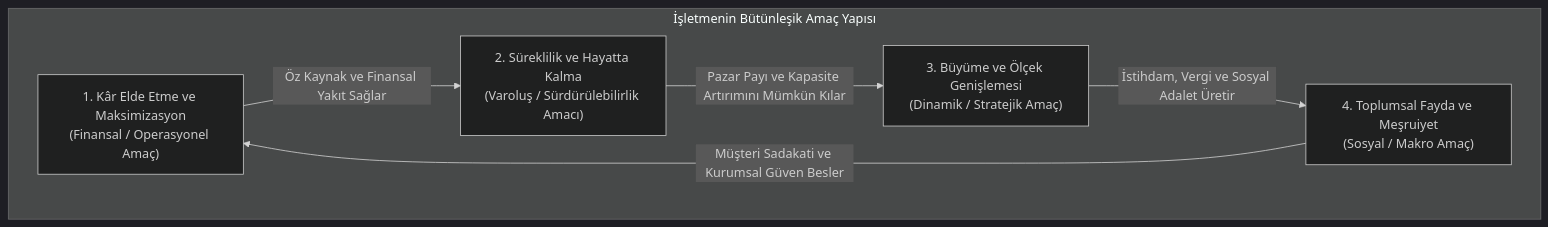
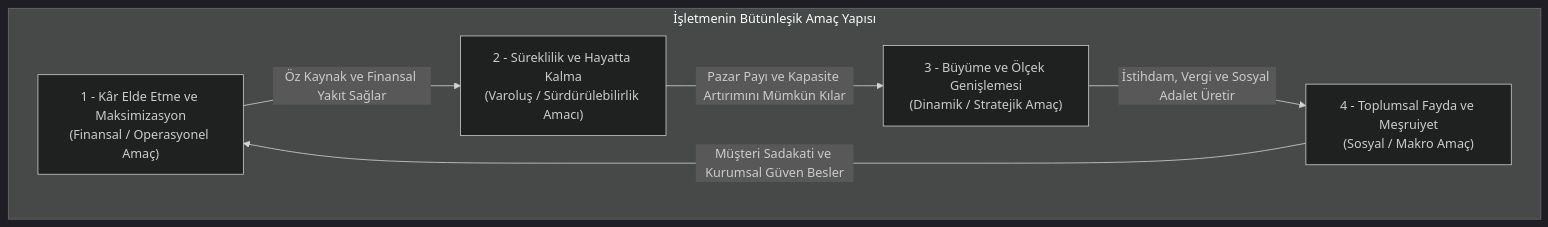
The first of 5 diagrams in content/0-ybs-notlari/YBS3023-bilisim_sistemleri_analizi/ybs3023-1.md (meto-data/noetic-logos), drawn with Mermaid (dark theme) before and after one commit. The commit also changed 12 other files, not shown here.

Commit message:
fix: resolve mermaid unsupported markdown list error, fix mermaid pc fullscreen & overflow, replace settings icon with unclipped sliders, and fix mobile image lightbox centering & zoom

````diff
--- a/content/0-ybs-notlari/YBS3023-bilisim_sistemleri_analizi/ybs3023-1.md
+++ b/content/0-ybs-notlari/YBS3023-bilisim_sistemleri_analizi/ybs3023-1.md
@@ -49,14 +49,14 @@
 ```mermaid
 flowchart TD
     subgraph Isletmenin_Amaclar_Hiyerarsisi [İşletmenin Bütünleşik Amaç Yapısı]
-        A1["1. Kâr Elde Etme ve Maksimizasyon<br>(Finansal / Operasyonel Amaç)"] 
-        A2["2. Süreklilik ve Hayatta Kalma<br>(Varoluş / Sürdürülebilirlik Amacı)"]
-        A3["3. Büyüme ve Ölçek Genişlemesi<br>(Dinamik / Stratejik Amaç)"]
-        A4["4. Toplumsal Fayda ve Meşruiyet<br>(Sosyal / Makro Amaç)"]
+        A1["1 - Kâr Elde Etme ve Maksimizasyon<br>(Finansal / Operasyonel Amaç)"] 
+        A2["2 - Süreklilik ve Hayatta Kalma<br>(Varoluş / Sürdürülebilirlik Amacı)"]
+        A3["3 - Büyüme ve Ölçek Genişlemesi<br>(Dinamik / Stratejik Amaç)"]
+        A4["4 - Toplumsal Fayda ve Meşruiyet<br>(Sosyal / Makro Amaç)"]
     end
 
     A1 -->|Öz Kaynak ve Finansal Yakıt Sağlar| A2
     A2 -->|Pazar Payı ve Kapasite Artırımını Mümkün Kılar| A3
     A3 -->|İstihdam, Vergi ve Sosyal Adalet Üretir| A4
     A4 -->|Müşteri Sadakati ve Kurumsal Güven Besler| A1
 ```
````
